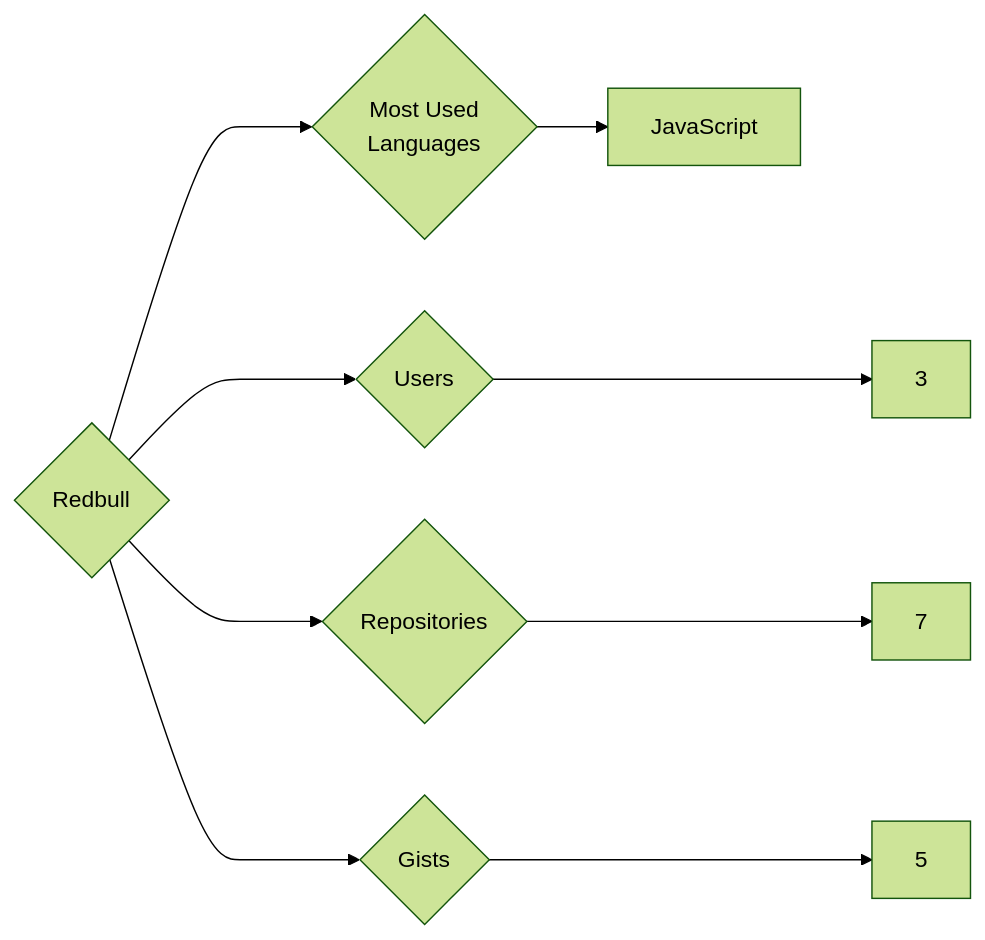
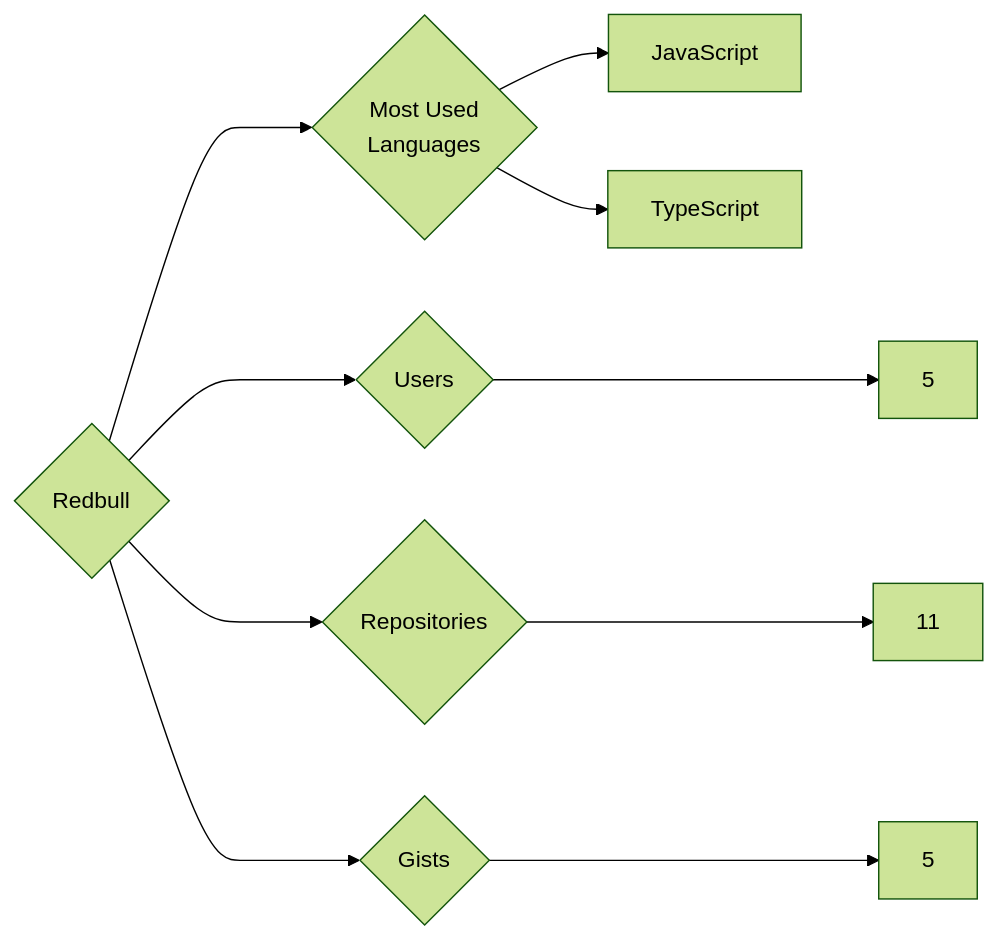
The diagram in targets/Redbull/README.md (trickest/insiders), drawn with Mermaid (forest theme) before and after one commit. The commit also changed 972 other files, not shown here.

````diff
--- a/targets/Redbull/README.md
+++ b/targets/Redbull/README.md
@@ -3,9 +3,10 @@
 ```mermaid
 graph LR
 COMPANY_NAME{Redbull}
-COMPANY_NAME ---> U{Users} ---> UN[3]
-COMPANY_NAME ---> R{Repositories} ---> RN[7]
+COMPANY_NAME ---> U{Users} ---> UN[5]
+COMPANY_NAME ---> R{Repositories} ---> RN[11]
 COMPANY_NAME ---> G{Gists} ---> GN[5]
 COMPANY_NAME ---> ML{Most Used<br>Languages}
 ML --> JavaScript[JavaScript]
+ML --> TypeScript[TypeScript]
 ```
````
